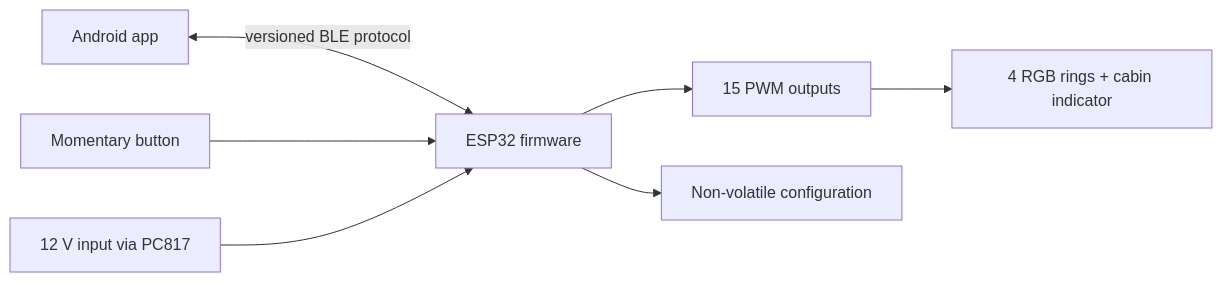
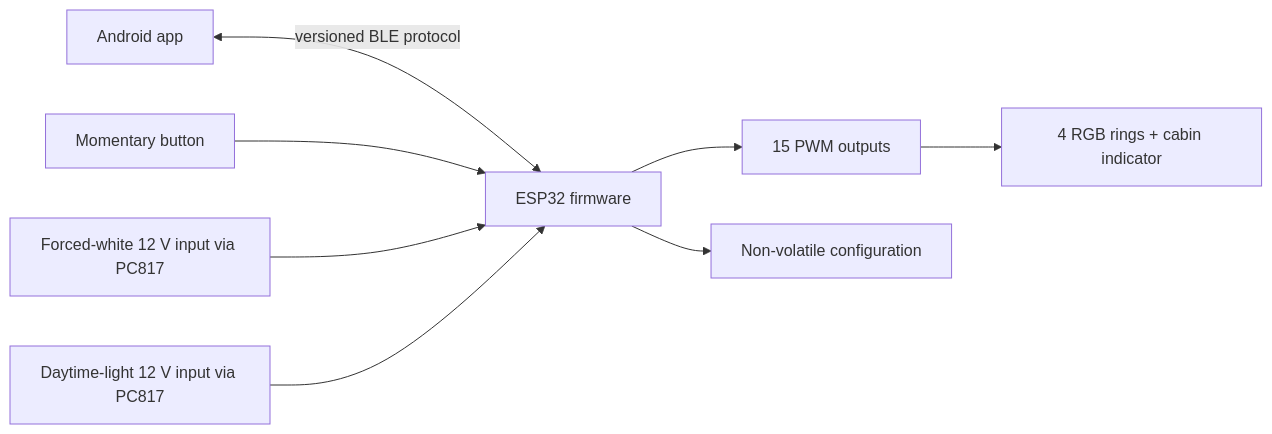
One commit to karlos1998/ring-controller changed the diagram in docs/ARCHITECTURE.md. Above: the diagram before and after it, drawn with Mermaid. The commit also changed other lines of this file and 14 other files, not shown here.

Commit message:
Add daytime-light brightness trigger

````diff
--- a/docs/ARCHITECTURE.md
+++ b/docs/ARCHITECTURE.md
@@ -7,9 +7,10 @@
 ```mermaid
 flowchart LR
     APP["Android app"] <-->|"versioned BLE protocol"| FW["ESP32 firmware"]
     FW --> PWM["15 PWM outputs"]
     PWM --> RINGS["4 RGB rings + cabin indicator"]
     BTN["Momentary button"] --> FW
-    OPT["12 V input via PC817"] --> FW
+    OPT1["Forced-white 12 V input via PC817"] --> FW
+    OPT2["Daytime-light 12 V input via PC817"] --> FW
     FW --> NVS["Non-volatile configuration"]
 ```
````
